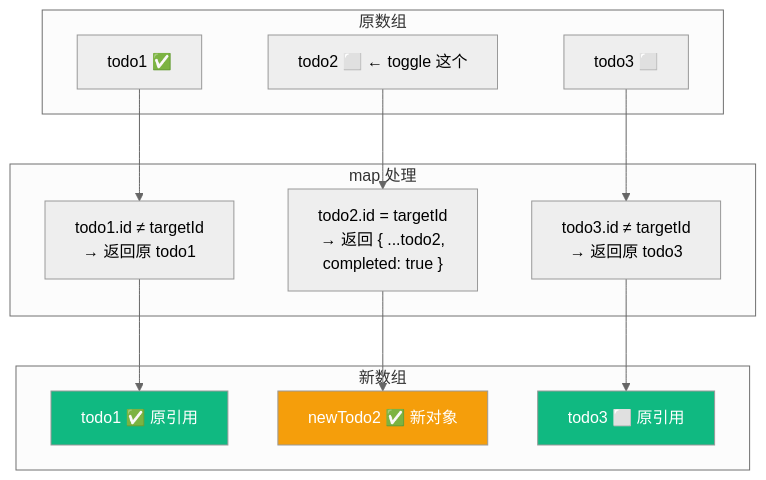
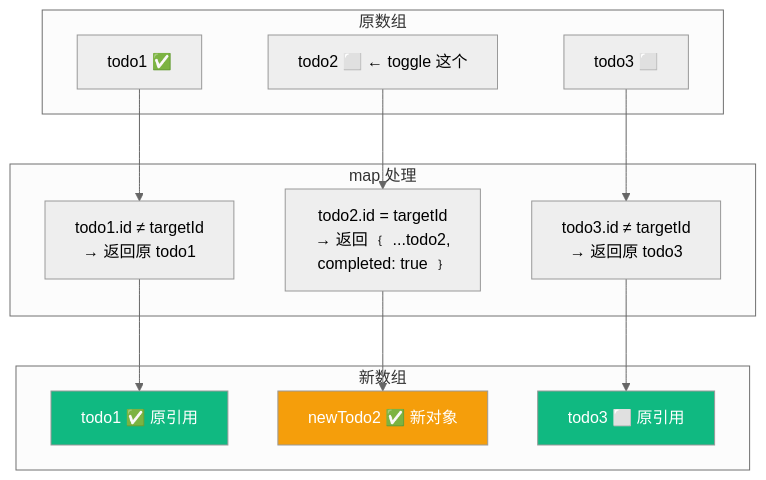
The second of 6 diagrams in docs/Lesson_04.md (boltguo/react_learn), drawn with Mermaid (neutral theme) before and after one commit. The commit also changed other lines of this file and 36 other files, not shown here.

````diff
--- a/docs/Lesson_04.md
+++ b/docs/Lesson_04.md
@@ -40,28 +39,28 @@
 ```mermaid
 flowchart TB
     subgraph "原数组"
         O1["todo1 ✅"]
         O2["todo2 ⬜ ← toggle 这个"]
         O3["todo3 ⬜"]
     end
     
     subgraph "map 处理"
-        M1["todo1.id ≠ targetId\n→ 返回原 todo1"]
-        M2["todo2.id = targetId\n→ 返回 { ...todo2,\n  completed: true }"]
-        M3["todo3.id ≠ targetId\n→ 返回原 todo3"]
+        M1["todo1.id ≠ targetId<br/>→ 返回原 todo1"]
+        M2["todo2.id = targetId<br/>→ 返回 ﹛ ...todo2,<br/>  completed: true ﹜"]
+        M3["todo3.id ≠ targetId<br/>→ 返回原 todo3"]
     end
     
     subgraph "新数组"
         N1["todo1 ✅ 原引用"]
         N2["newTodo2 ✅ 新对象"]
         N3["todo3 ⬜ 原引用"]
     end
     
     O1 --> M1 --> N1
     O2 --> M2 --> N2
     O3 --> M3 --> N3
 
     style N1 fill:#10b981,color:#fff
     style N2 fill:#f59e0b,color:#fff
     style N3 fill:#10b981,color:#fff
 ```
````
